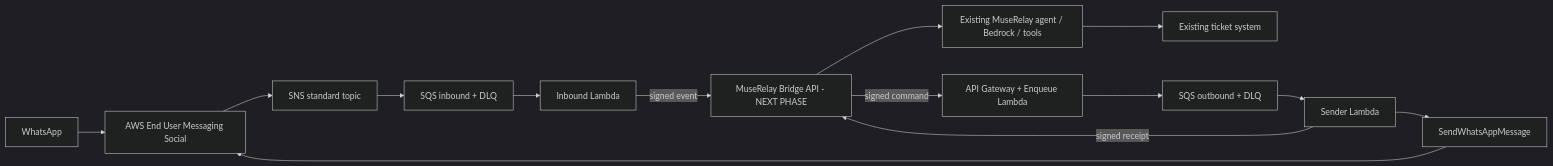
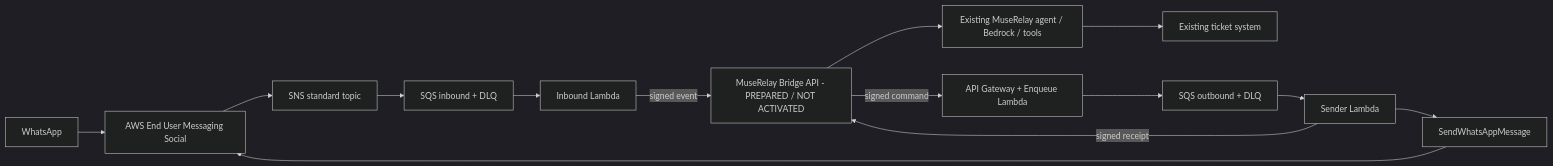
One commit to screenartsl/aws-engagement-bridge changed the diagram in README.md. Above: the diagram before and after it, drawn with Mermaid (dark theme). The commit also changed other lines of this file and 32 other files, not shown here.

Commit message:
Prepare disabled-by-default MuseRelay Core connector with durable workflows and isolated tests

````diff
--- a/README.md
+++ b/README.md
@@ -16,16 +18,16 @@
 ```mermaid
 flowchart LR
   WhatsApp --> Social[AWS End User Messaging Social]
   Social --> SNS[SNS standard topic]
   SNS --> IQ[SQS inbound + DLQ]
   IQ --> Inbound[Inbound Lambda]
-  Inbound -->|signed event| Core[MuseRelay Bridge API - NEXT PHASE]
+  Inbound -->|signed event| Core[MuseRelay Bridge API - PREPARED / NOT ACTIVATED]
   Core --> Agent[Existing MuseRelay agent / Bedrock / tools]
   Agent --> Ticket[Existing ticket system]
   Core -->|signed command| API[API Gateway + Enqueue Lambda]
   API --> OQ[SQS outbound + DLQ]
   OQ --> Sender[Sender Lambda]
   Sender --> SDK[SendWhatsAppMessage]
   SDK --> Social
   Sender -->|signed receipt| Core
 ```
````
